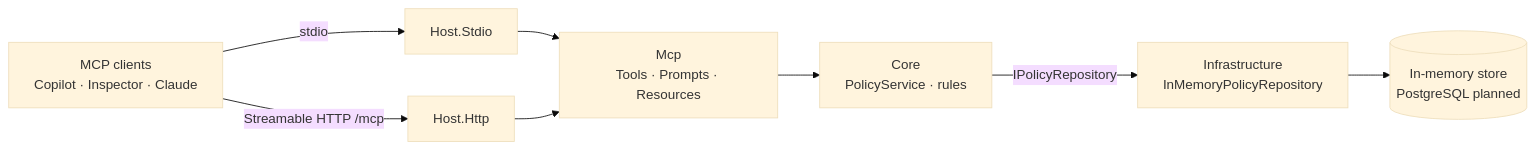
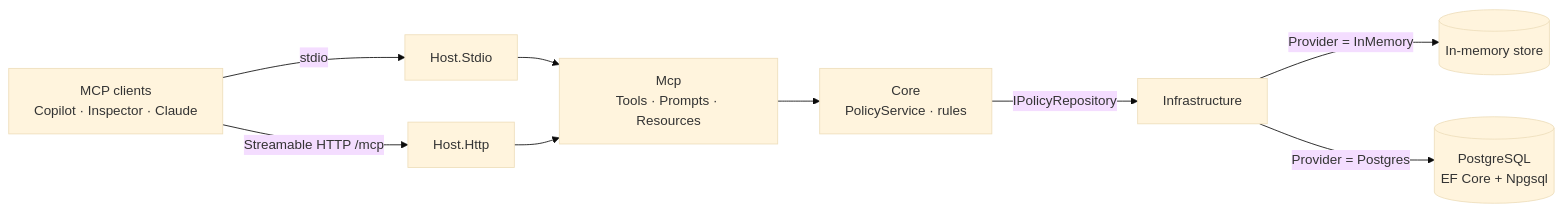
One commit to buildlogic45/mcp-server-insurance-domain changed the diagram in README.md. Above: the diagram before and after it, drawn with Mermaid (base theme). The commit also changed other lines of this file and 21 other files, not shown here.

````diff
--- a/README.md
+++ b/README.md
@@ -31,10 +31,11 @@
 ```mermaid
 flowchart LR
     C[MCP clients<br/>Copilot · Inspector · Claude] -->|stdio| S[Host.Stdio]
     C -->|Streamable HTTP /mcp| H[Host.Http]
     S --> M[Mcp<br/>Tools · Prompts · Resources]
     H --> M
     M --> CO[Core<br/>PolicyService · rules]
-    CO -->|IPolicyRepository| I[Infrastructure<br/>InMemoryPolicyRepository]
-    I --> DB[(In-memory store<br/>PostgreSQL planned)]
+    CO -->|IPolicyRepository| I[Infrastructure]
+    I -->|Provider = InMemory| MEM[(In-memory store)]
+    I -->|Provider = Postgres| DB[(PostgreSQL<br/>EF Core + Npgsql)]
 ```
````
